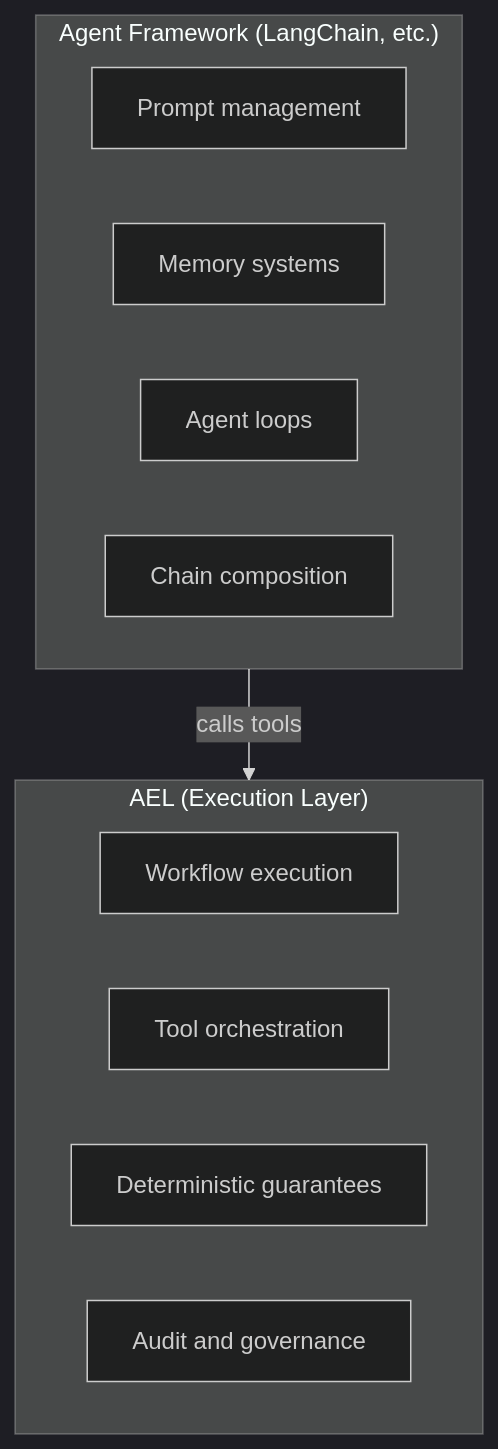
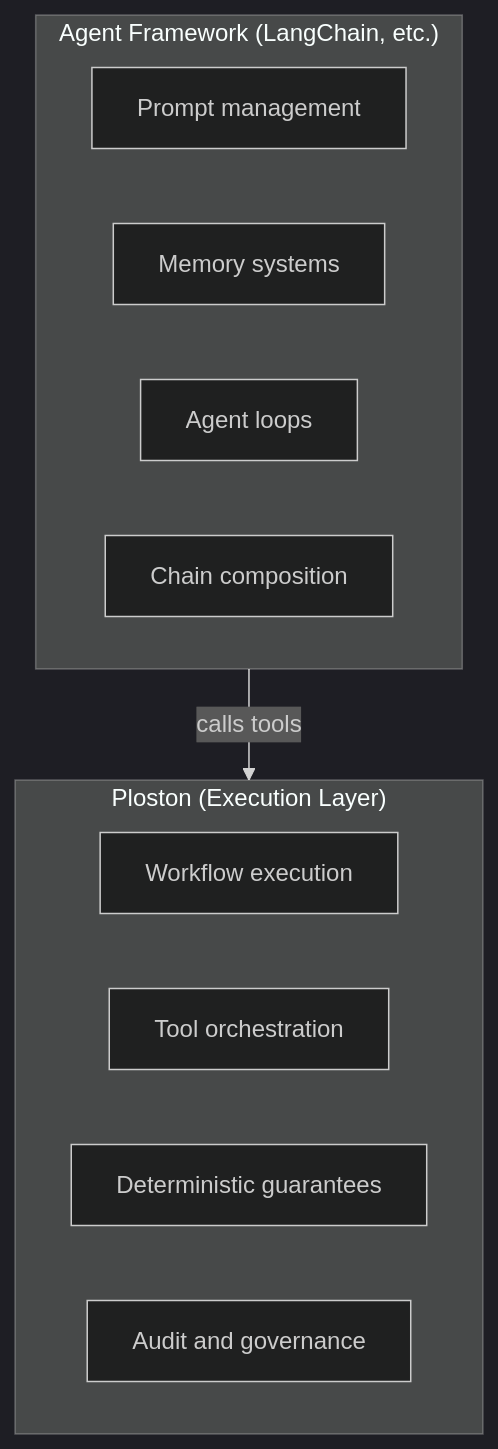
Before and after one commit to ostanlabs/ael_documentation: the fourth of 4 diagrams in docs/why-ploston.md, drawn with Mermaid (dark theme). The commit also changed other lines of this file and 9 other files, not shown here.

First line of the commit message:
docs: align with 4-package architecture and Ploston branding

````diff
--- a/docs/why-ploston.md
+++ b/docs/why-ploston.md
@@ -213,18 +213,18 @@
 ```mermaid
 flowchart TB
     subgraph Framework["Agent Framework (LangChain, etc.)"]
         F1["Prompt management"]
         F2["Memory systems"]
         F3["Agent loops"]
         F4["Chain composition"]
     end
 
     Framework -->|"calls tools"| Ploston
 
-    subgraph Ploston["AEL (Execution Layer)"]
+    subgraph Ploston["Ploston (Execution Layer)"]
         A1["Workflow execution"]
         A2["Tool orchestration"]
         A3["Deterministic guarantees"]
         A4["Audit and governance"]
     end
 ```
````
